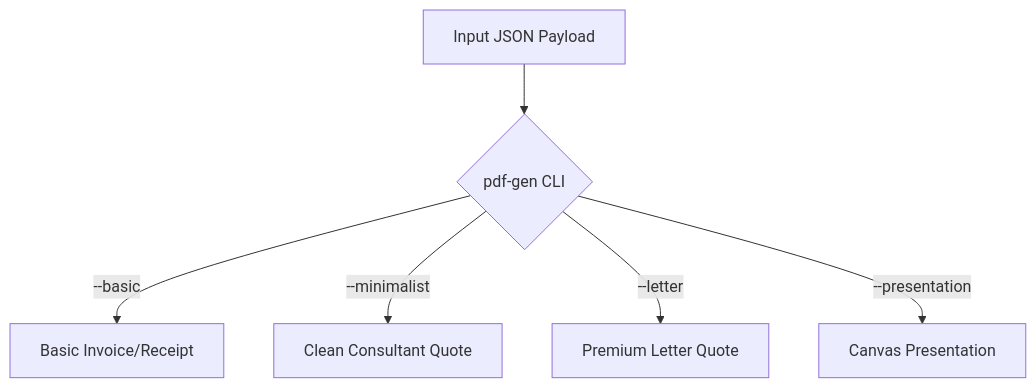
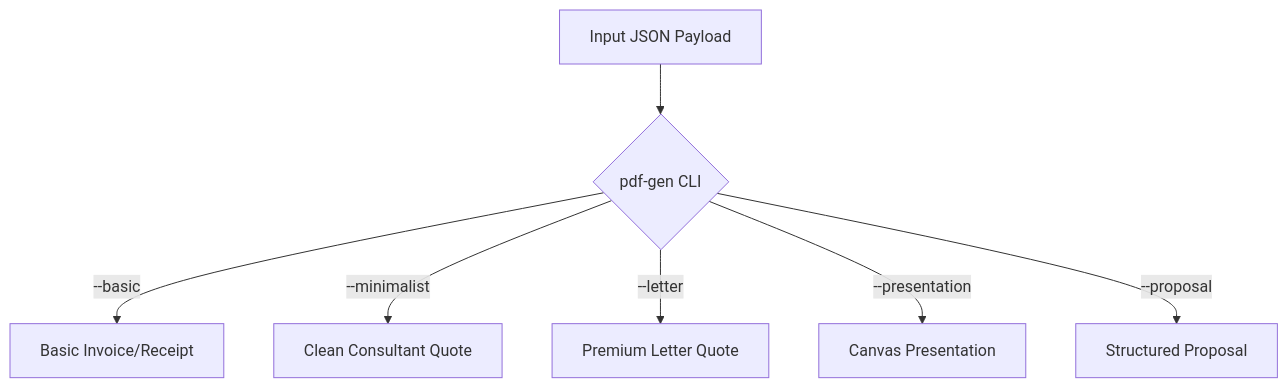
One commit to quantum-encoding/zig-forge changed the diagram in programs/zig_pdf_generator/README.md. Above: the diagram before and after it, drawn with Mermaid. The commit also changed other lines of this file and 3 other files, not shown here.

First line of the commit message:
zig_pdf_generator: wire --proposal CLI flag + strict schema validation

````diff
--- a/programs/zig_pdf_generator/README.md
+++ b/programs/zig_pdf_generator/README.md
@@ -48,8 +59,9 @@
 ```mermaid
 graph TD
     JSON[Input JSON Payload] --> CLI{pdf-gen CLI}
     CLI -->|--basic| T1[Basic Invoice/Receipt]
     CLI -->|--minimalist| T2[Clean Consultant Quote]
     CLI -->|--letter| T3[Premium Letter Quote]
     CLI -->|--presentation| T4[Canvas Presentation]
+    CLI -->|--proposal| T5[Structured Proposal]
 ```
````
